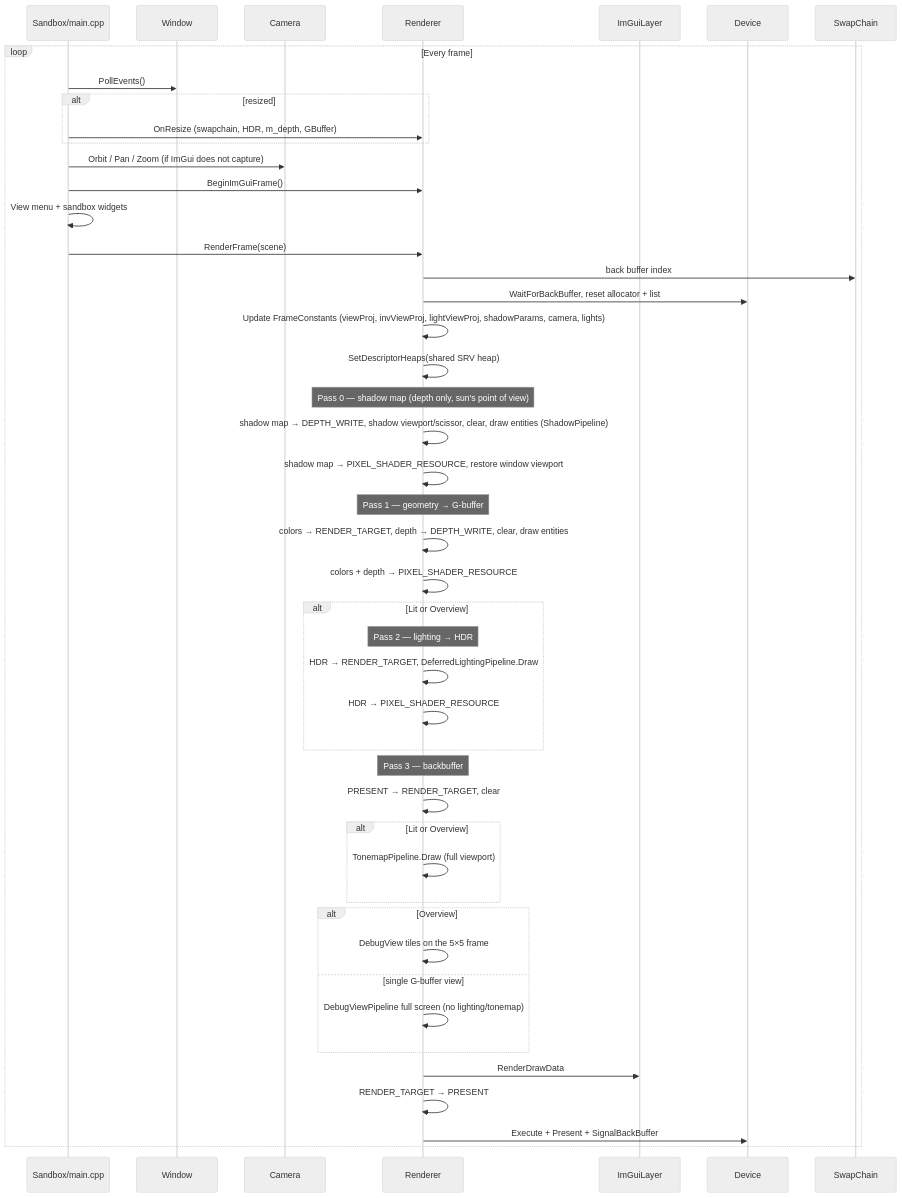
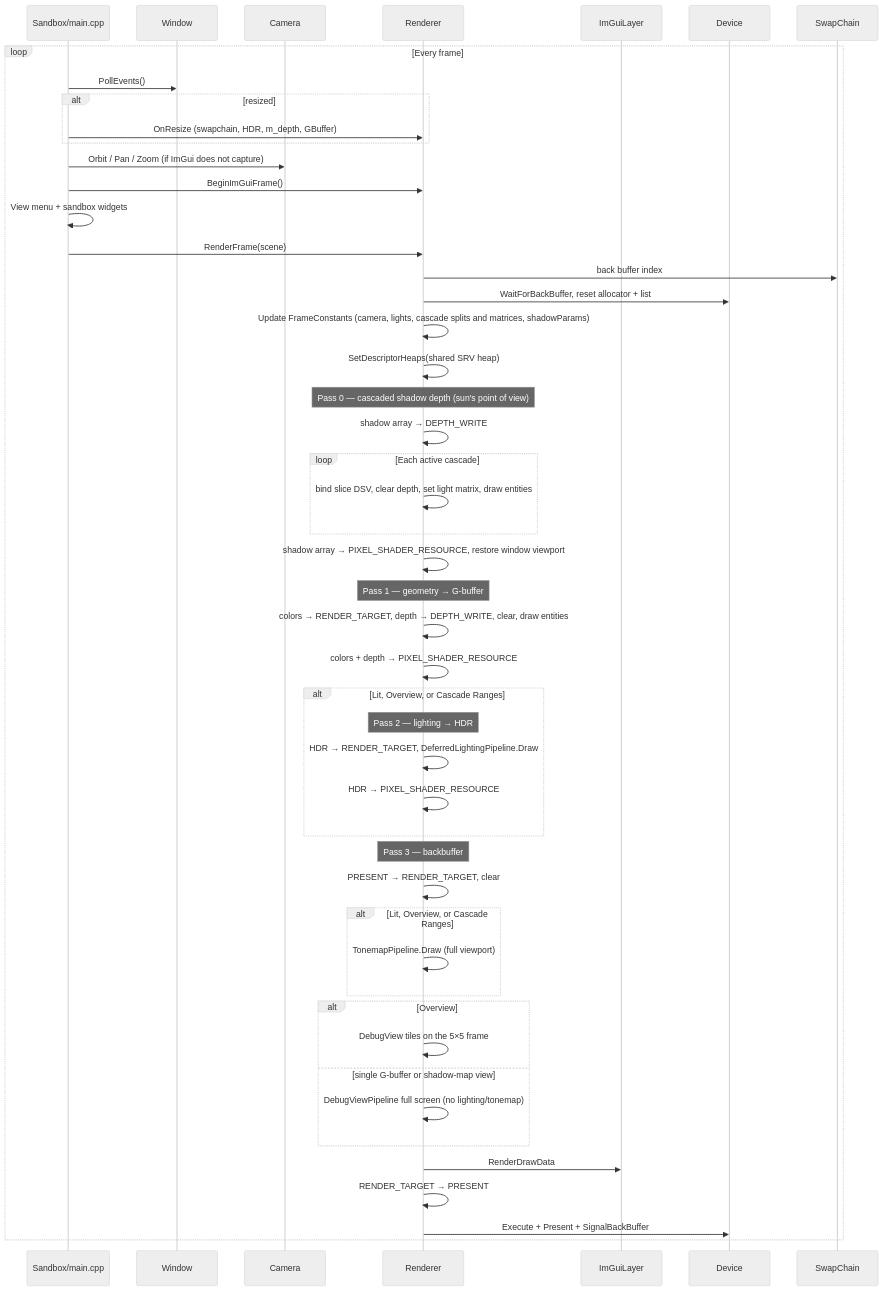
One commit to RomanovV/SummerEngine changed the second of 6 diagrams in docs/ARCHITECTURE.md. Above: the diagram before and after it, drawn with Mermaid (neutral theme). The commit also changed other lines of this file and 7 other files, not shown here.

Commit message:
updated error logs updated reeadme updated ARCHITECTURE.md

````diff
--- a/docs/ARCHITECTURE.md
+++ b/docs/ARCHITECTURE.md
@@ -176,54 +176,57 @@
 ```mermaid
 sequenceDiagram
     participant Main as Sandbox/main.cpp
     participant Win as Window
     participant Cam as Camera
     participant Rnd as Renderer
     participant UI as ImGuiLayer
     participant Dev as Device
     participant SC as SwapChain
 
     loop Every frame
         Main->>Win: PollEvents()
         alt resized
             Main->>Rnd: OnResize (swapchain, HDR, m_depth, GBuffer)
         end
         Main->>Cam: Orbit / Pan / Zoom (if ImGui does not capture)
         Main->>Rnd: BeginImGuiFrame()
         Main->>Main: View menu + sandbox widgets
         Main->>Rnd: RenderFrame(scene)
 
         Rnd->>SC: back buffer index
         Rnd->>Dev: WaitForBackBuffer, reset allocator + list
-        Rnd->>Rnd: Update FrameConstants (viewProj, invViewProj, lightViewProj, shadowParams, camera, lights)
+        Rnd->>Rnd: Update FrameConstants (camera, lights, cascade splits and matrices, shadowParams)
         Rnd->>Rnd: SetDescriptorHeaps(shared SRV heap)
 
-        Note over Rnd: Pass 0 — shadow map (depth only, sun's point of view)
-        Rnd->>Rnd: shadow map → DEPTH_WRITE, shadow viewport/scissor, clear, draw entities (ShadowPipeline)
-        Rnd->>Rnd: shadow map → PIXEL_SHADER_RESOURCE, restore window viewport
+        Note over Rnd: Pass 0 — cascaded shadow depth (sun's point of view)
+        Rnd->>Rnd: shadow array → DEPTH_WRITE
+        loop Each active cascade
+            Rnd->>Rnd: bind slice DSV, clear depth, set light matrix, draw entities
+        end
+        Rnd->>Rnd: shadow array → PIXEL_SHADER_RESOURCE, restore window viewport
 
         Note over Rnd: Pass 1 — geometry → G-buffer
         Rnd->>Rnd: colors → RENDER_TARGET, depth → DEPTH_WRITE, clear, draw entities
         Rnd->>Rnd: colors + depth → PIXEL_SHADER_RESOURCE
 
-        alt Lit or Overview
+        alt Lit, Overview, or Cascade Ranges
             Note over Rnd: Pass 2 — lighting → HDR
             Rnd->>Rnd: HDR → RENDER_TARGET, DeferredLightingPipeline.Draw
             Rnd->>Rnd: HDR → PIXEL_SHADER_RESOURCE
         end
 
         Note over Rnd: Pass 3 — backbuffer
         Rnd->>Rnd: PRESENT → RENDER_TARGET, clear
-        alt Lit or Overview
+        alt Lit, Overview, or Cascade Ranges
             Rnd->>Rnd: TonemapPipeline.Draw (full viewport)
         end
         alt Overview
             Rnd->>Rnd: DebugView tiles on the 5×5 frame
-        else single G-buffer view
+        else single G-buffer or shadow-map view
             Rnd->>Rnd: DebugViewPipeline full screen (no lighting/tonemap)
         end
         Rnd->>UI: RenderDrawData
         Rnd->>Rnd: RENDER_TARGET → PRESENT
         Rnd->>Dev: Execute + Present + SignalBackBuffer
     end
 ```
````
